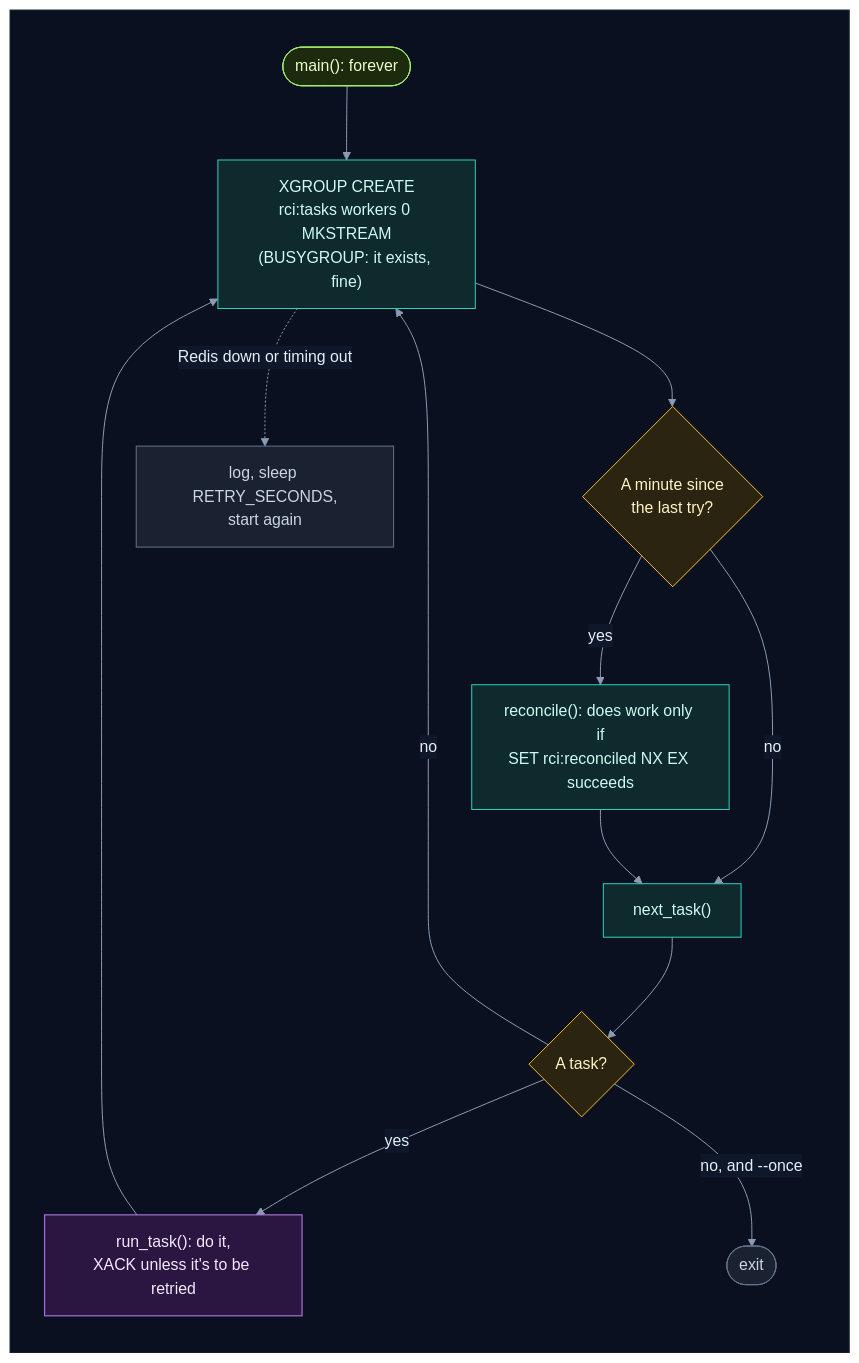
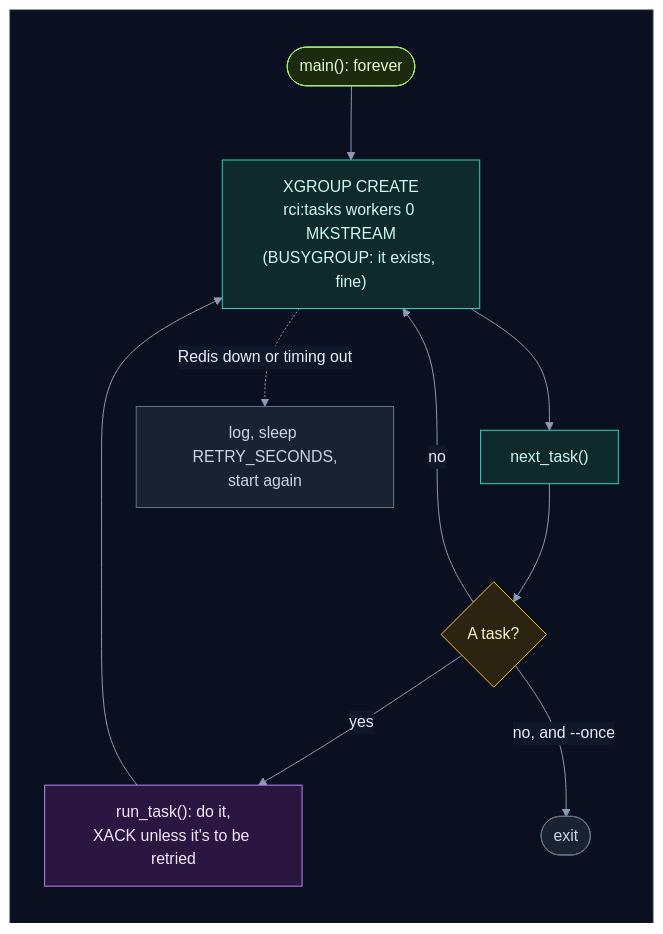
Diagram 29 of 44 in backend/worker/INTERNALS.md (selvakumarperumal/Regulatory_Circular_Impact_Agent), drawn with Mermaid before and after one commit. The commit also changed other lines of this file and 7 other files, not shown here.

First line of the commit message:
Document the queue as the worker's only source of work

````diff
--- a/backend/worker/INTERNALS.md
+++ b/backend/worker/INTERNALS.md
@@ -1545,34 +1588,31 @@
 ```mermaid
 %%{init: {"theme": "base", "flowchart": {"diagramPadding": 0}, "themeVariables": {"darkMode": true, "primaryColor": "#16213a", "primaryTextColor": "#e6edf7", "primaryBorderColor": "#475a7a", "lineColor": "#8b9bb4", "secondaryColor": "#1b2436", "tertiaryColor": "#101a2e", "edgeLabelBackground": "#0f172a", "textColor": "#e2e8f0", "clusterBkg": "#0f1728", "clusterBorder": "#2b3a55", "titleColor": "#c4b5fd", "nodeTextColor": "#e6edf7"}}}%%
 flowchart TD
     subgraph canvas[" "]
         direction TB
         start(["main(): forever"]) --> join["XGROUP CREATE<br/>rci:tasks workers 0 MKSTREAM<br/>(BUSYGROUP: it exists, fine)"]
-        join --> due{"A minute since<br/>the last try?"}
-        due -->|"yes"| rec["reconcile(): does work only if<br/>SET rci:reconciled NX EX succeeds"]
-        due -->|"no"| next
-        rec --> next["next_task()"]
+        join --> next["next_task()"]
         next --> got{"A task?"}
         got -->|"yes"| run["run_task(): do it,<br/>XACK unless it's to be retried"]
         got -->|"no, and --once"| stop(["exit"])
         got -->|"no"| join
         run --> join
         join -.->|"Redis down or timing out"| wait["log, sleep RETRY_SECONDS,<br/>start again"]
     end
     classDef svc fill:#0e2a2c,stroke:#2dd4bf,color:#ccfbf1
     classDef data fill:#1c1a47,stroke:#818cf8,color:#e0e7ff
     classDef ext fill:#2a1640,stroke:#c084fc,color:#f3e8ff
     classDef gpu fill:#2d1b0c,stroke:#fb923c,color:#ffedd5
     classDef ask fill:#2a2410,stroke:#fbbf24,color:#fef3c7
     classDef ok fill:#0b2a1c,stroke:#34d399,color:#d1fae5
     classDef bad fill:#2e0f17,stroke:#fb7185,color:#ffe4e6
     classDef start fill:#1c2a0e,stroke:#a7ef6f,color:#ecfccb
     classDef muted fill:#1a2130,stroke:#64748b,color:#cbd5e1
     classDef queue fill:#0c2231,stroke:#38bdf8,color:#e0f2fe
     class start start
-    class join,rec,next svc
-    class due,got ask
+    class join,next svc
+    class got ask
     class run ext
     class stop,wait muted
     style canvas fill:#0b1020,stroke:#1e293b,color:#0b1020
 ```
````
